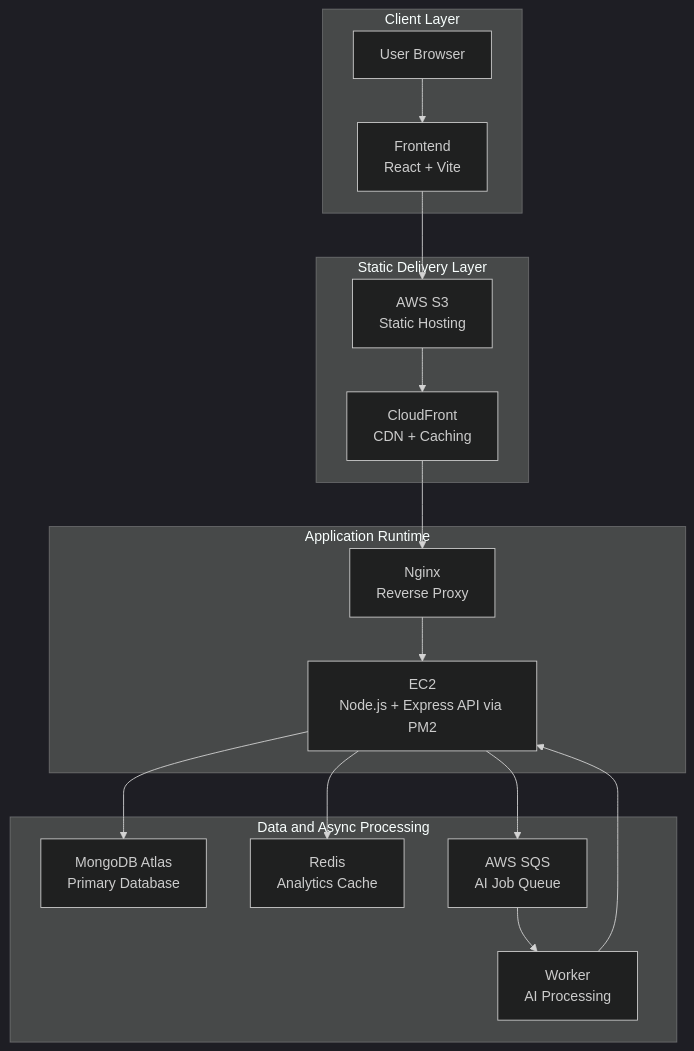
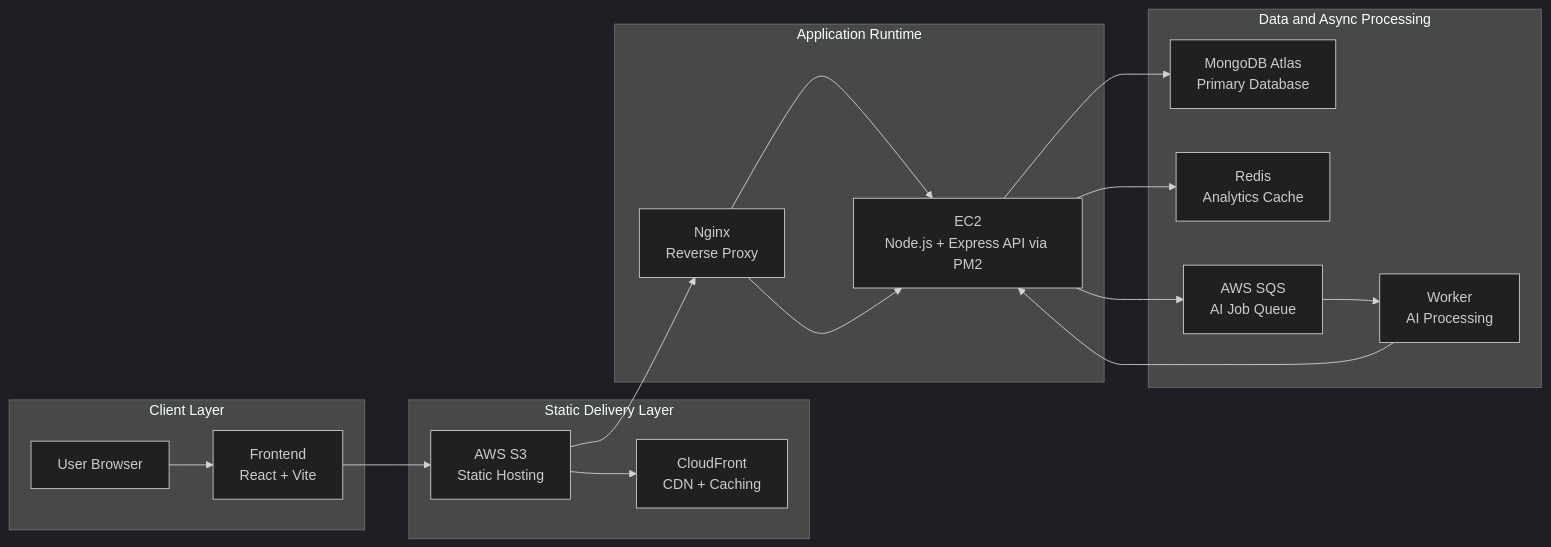
The first of 4 diagrams in README.md (Lipika-M/AI_JOURNAL), drawn with Mermaid (dark theme) before and after one commit. The commit also changed other lines of this file, not shown here.

Commit message:
docs: rebrand project to Solace and enhance README architecture documentation [skip ci]

````diff
--- a/README.md
+++ b/README.md
@@ -99,35 +99,26 @@
 ```mermaid
-flowchart TD
+flowchart LR
         subgraph Client[Client Layer]
-                U[User Browser]
-                F[Frontend<br/>React + Vite]
-                U --> F
+                U[User Browser] --> F[Frontend<br/>React + Vite]
         end
 
         subgraph Delivery[Static Delivery Layer]
-                S3[AWS S3<br/>Static Hosting]
-                CF[CloudFront<br/>CDN + Caching]
-                S3 --> CF
+                S3[AWS S3<br/>Static Hosting] --> CF[CloudFront<br/>CDN + Caching]
         end
 
         subgraph Runtime[Application Runtime]
-                N[Nginx<br/>Reverse Proxy]
-                API[EC2<br/>Node.js + Express API via PM2]
-                N --> API
+                N[Nginx<br/>Reverse Proxy] --> API[EC2<br/>Node.js + Express API via PM2]
         end
 
         subgraph Data[Data and Async Processing]
                 DB[MongoDB Atlas<br/>Primary Database]
                 R[Redis<br/>Analytics Cache]
-                Q[AWS SQS<br/>AI Job Queue]
-                W[Worker<br/>AI Processing]
-                Q --> W
+                Q[AWS SQS<br/>AI Job Queue] --> W[Worker<br/>AI Processing]
         end
 
-        F --> S3
-        CF --> N
+        F --> S3 --> N --> API
         API --> DB
         API --> R
         API --> Q
         W --> API
 ```
````
